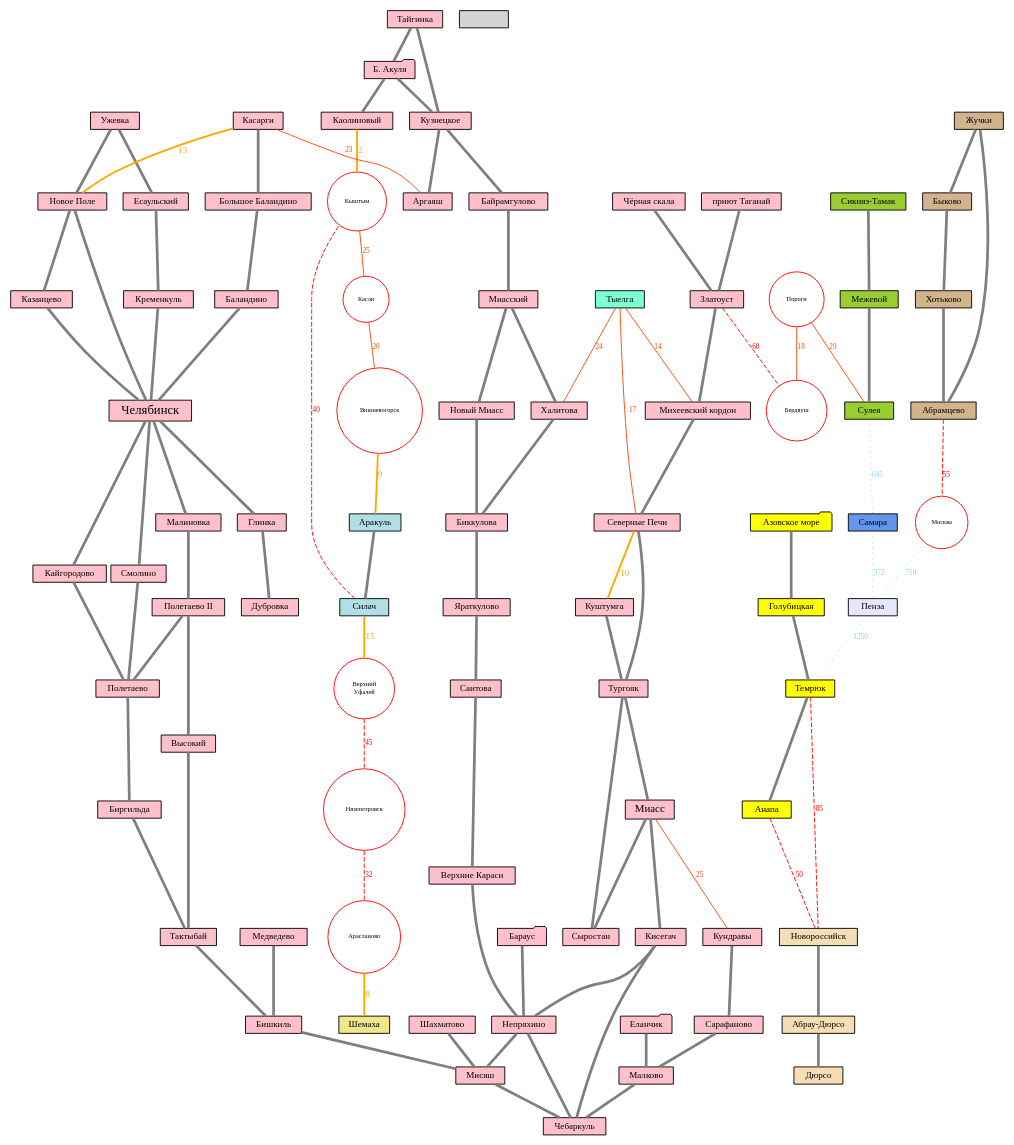
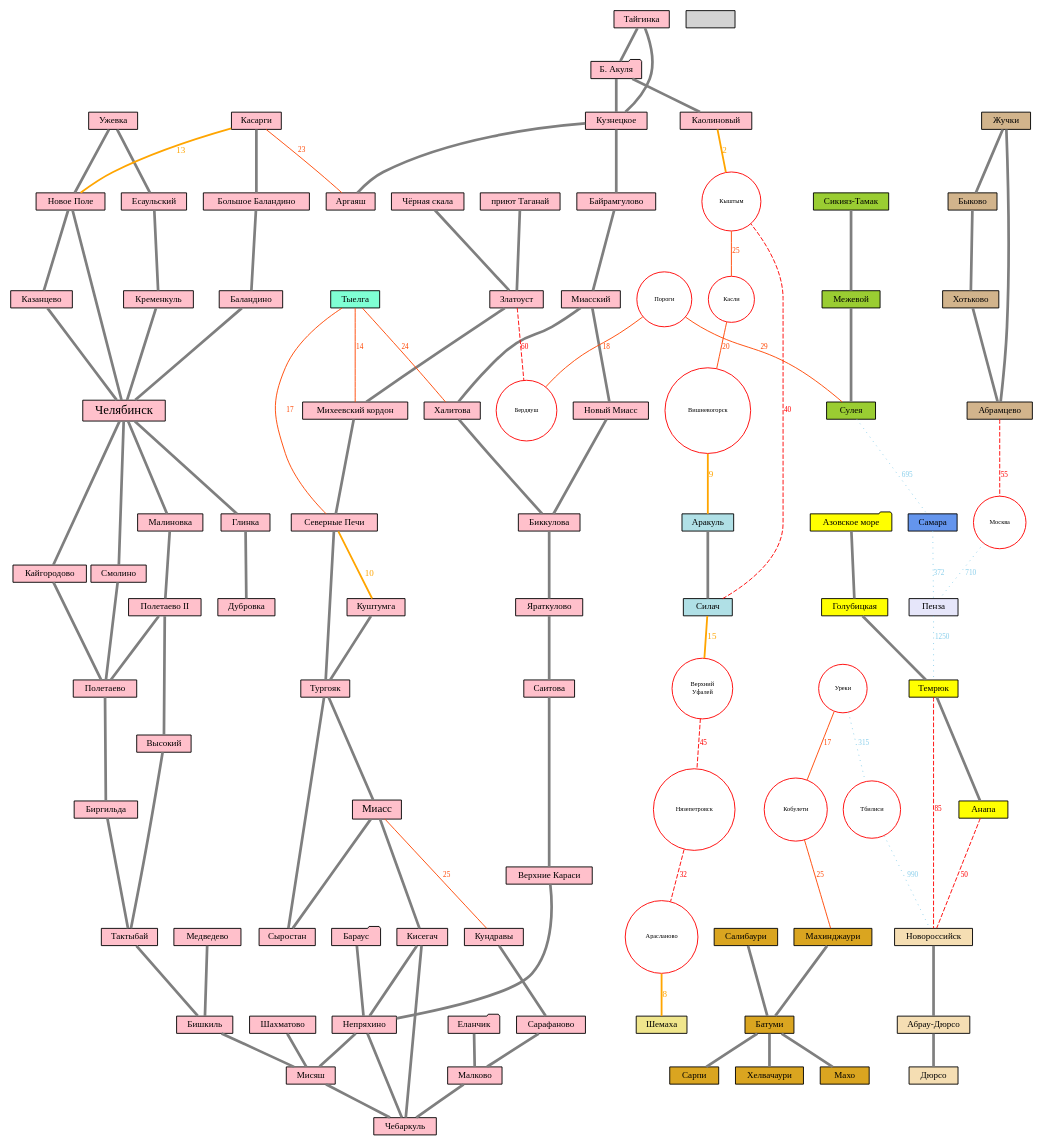
The diagram in bike-area.dot (shoorick/bike-area), drawn with Graphviz before and after one commit. The commit also changed 2 other files, not shown here.

```diff
--- a/bike-area.dot
+++ b/bike-area.dot
@@ -1,146 +1,159 @@
 graph G {
     node [ shape=box, fontsize=10, fontname="Droid Sans", style=filled, height=0.2 ]
     edge [ color=gray50, penwidth=3, fontname="Droid Sans" ]
     graph [ overlap=false ]
 
     subgraph main {
         node [ fillcolor=pink ]
         Челябинск [ fontsize=14 ]
 
         "Б. Акуля" [ shape=folder ]
         "Бараус"   [ shape=folder ]
         "Еланчик"  [ shape=folder ]
 
         Миасс [ fontsize=12 ]
         Челябинск -- Смолино -- Полетаево -- Биргильда -- Тактыбай -- Бишкиль -- Мисяш -- Чебаркуль
         Миасс -- Кисегач -- Чебаркуль
         Кисегач -- Непряхино -- Мисяш
         Шахматово -- Мисяш
         Медведево -- Бишкиль
         Челябинск -- Малиновка -- "Полетаево II" -- Высокий -- Тактыбай
         "Полетаево II" -- Полетаево
         "Б. Акуля" -- Кузнецкое -- Байрамгулово -- Миасский -- "Новый Миасс" -- Биккулова -- Яраткулово -- Саитова -- "Верхние Караси" -- Непряхино
         Кундравы -- Сарафаново -- Малково
         Бараус -- Непряхино -- Чебаркуль
         Миасский -- Халитова -- Биккулова
         Еланчик -- Малково -- Чебаркуль
         Тайгинка -- "Б. Акуля" -- Каолиновый
         Тайгинка -- Кузнецкое -- Аргаяш
         Челябинск -- Кайгородово -- Полетаево
         Ужевка -- Есаульский -- Кременкуль -- Челябинск
         Касарги -- "Большое Баландино" -- Баландино -- Челябинск
         "Чёрная скала" -- Златоуст -- "Михеевский кордон" -- "Северные Печи"
         "приют Таганай" -- Златоуст
         "Северные Печи" -- Тургояк -- Миасс -- Сыростан
         Куштумга -- Тургояк -- Сыростан
         Ужевка -- "Новое Поле" -- Казанцево -- Челябинск
         "Новое Поле" -- Челябинск
         Челябинск -- Глинка -- Дубровка
     }
 
     subgraph north {
         node [ fillcolor=powderblue ]
 
         Аракуль -- Силач
     }
 
     subgraph penza {
         node [ fillcolor=lavender ]
 
         Пенза
     }
 
     subgraph samara {
         node [ fillcolor=cornflowerblue ]
 
         Самара
     }
 
     subgraph shemakha {
         node [ fillcolor=khaki ]
 
         Шемаха
     }
 
     subgraph ai {
         node [ fillcolor=yellowgreen ]
 
         "Сикияз-Тамак" -- Межевой -- Сулея
     }
 
     subgraph south1 {
         node [ fillcolor=yellow ]
         "Азовское море" [ shape=folder ]
         "Азовское море" -- Голубицкая -- Темрюк -- Анапа
     }
 
     subgraph south2 {
         node [ fillcolor=wheat ]
 
         Новороссийск -- "Абрау-Дюрсо" -- Дюрсо
     }
 
+    subgraph georgia {
+        node [ fillcolor=goldenrod ]
+
+        Махинджаури -- Батуми -- Сарпи
+        Салибаури -- Батуми -- Хелвачаури
+        Батуми -- Махо
+    }
+
     subgraph tyelga {
         node [ fillcolor=aquamarine ]
 
         Тыелга
     }
 
     subgraph zhuchki {
         node [ fillcolor=tan ]
 
         Жучки -- Абрамцево
         Жучки -- Быково -- Хотьково -- Абрамцево
     }
 
     subgraph failed_cities {
         node [ shape="circle",fillcolor="white",color="red",fontsize=7, height=0.1 ]
         Кыштым Касли Пороги Бердяуш Вишневогорск
         Арасланово Нязепетровск "Верхний\nУфалей"
         Москва
+        Кобулети Уреки Тбилиси
     }
 
     subgraph failed {
 
         // Ближайшие — можно пройти за час
         edge [ color=orange, fontcolor=orange, fontsize=10, penwidth=2 ]
         Каолиновый -- Кыштым [ label=2 ]
         Вишневогорск -- Аракуль  [ label=9 ]
         "Северные Печи" -- Куштумга [ label=10 ]
         Касарги -- "Новое Поле" [ label=13 ]
         Силач -- "Верхний\nУфалей" [ label=15 ]
         Арасланово -- Шемаха [ label=8 ]
 
         // Ближние
         edge [ color=orangered, fontcolor=orangered, fontsize=8, penwidth=1 ]
         Пороги -- Бердяуш [ label=18 ]
         Миасс -- Кундравы [ label=25 ]
         Касарги -- Аргаяш [ label=23 ]
         Пороги -- Сулея  [ label=29 ]
         Кыштым -- Касли  [ label=25 ]
         Касли -- Вишневогорск [ label=20]
         Тыелга -- "Михеевский кордон" [ label=14 ]
         Тыелга -- "Северные Печи" [ label=17 ]
         Тыелга -- Халитова [ label=24 ]
+        Уреки -- Кобулети [ label=17 ]
+        Кобулети -- Махинджаури [ label=25 ]
 
         // Средние — можно пройти за день
         edge [ color=red, fontcolor=red, style="dashed" ]
         Силач -- Кыштым  [ label=40 ]
         Анапа -- Новороссийск [ label=50 ]
         Златоуст -- Бердяуш [ label=60 ]
         Нязепетровск -- Арасланово [ label=32 ]
         "Верхний\nУфалей" -- Нязепетровск [ label=45 ]
         Абрамцево -- Москва [ label=55 ]
         Темрюк -- Новороссийск [ label=85 ]
 
-        // Дальние
+        // Дальние (от 100 км)
         edge [ color=plum, fontcolor=plum, style="dotted" ]
 
-        // Совсем дальние — нереально проехать
+        // Самые дальние — нереально проехать
         edge [ color=skyblue, fontcolor=skyblue ]
+        Уреки -- Тбилиси [ label=315 ]
         Самара -- Пенза [ label=372 ]
         Москва -- Пенза [ label=710 ]
         Сулея -- Самара [ label=695 ]
         Пенза -- Темрюк [ label=1250 ]
+        Тбилиси -- Новороссийск [ label=990 ]
     }
 }
```
